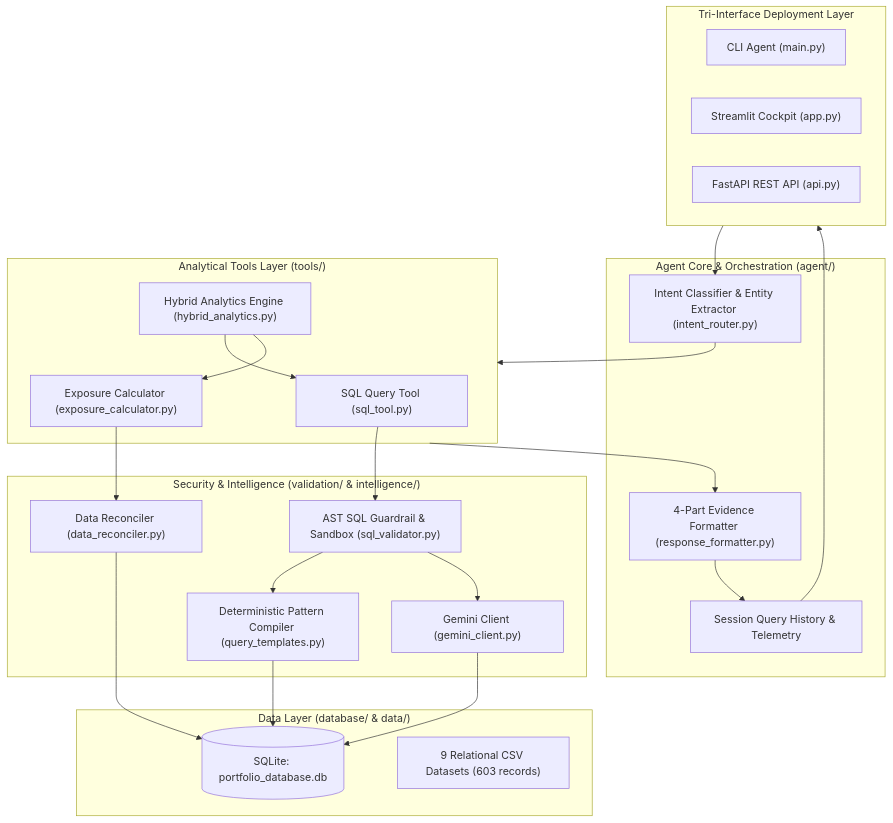
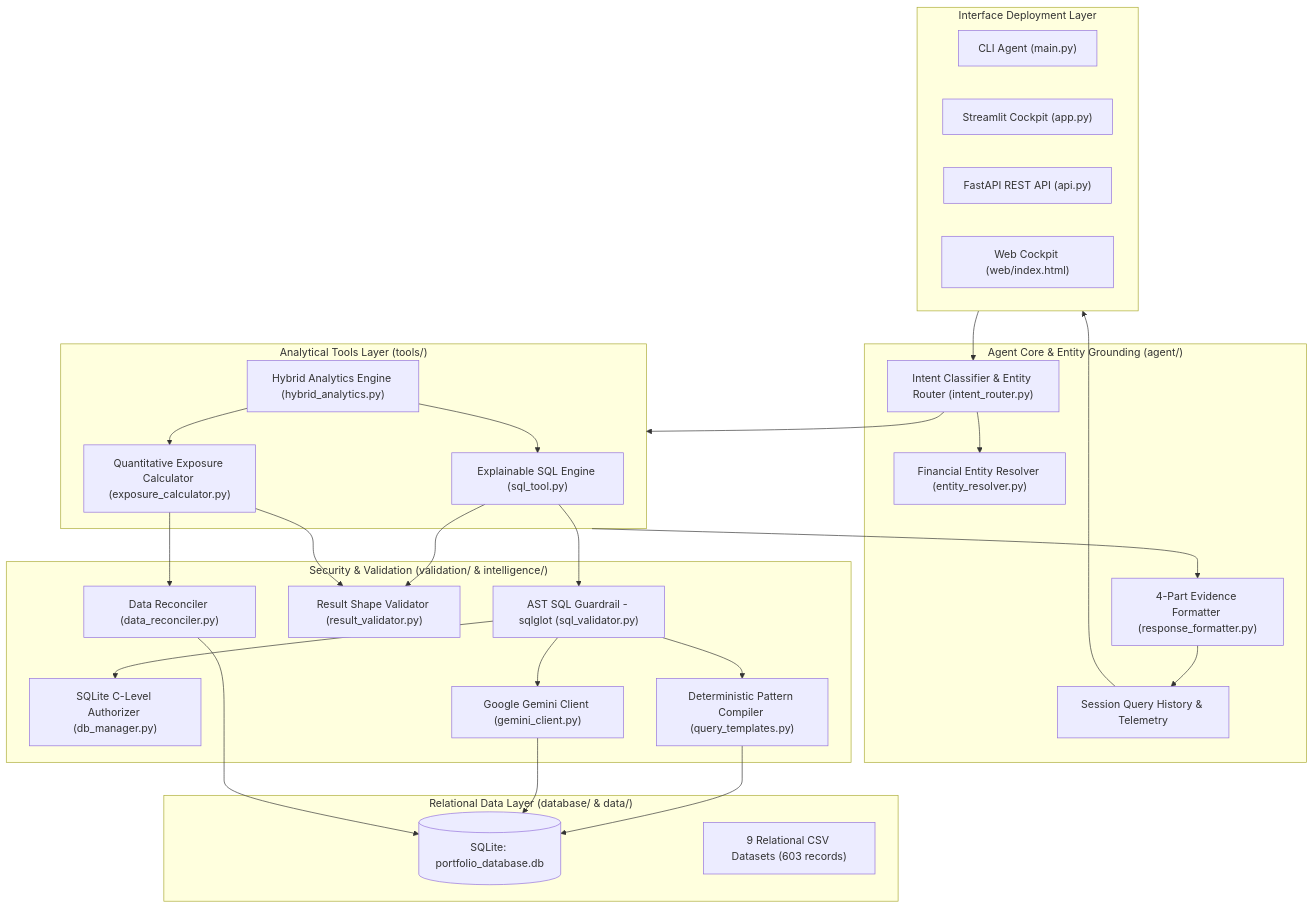
The diagram in README.md (harshkhamkar26/PL_agent), drawn with Mermaid before and after one commit. The commit also changed other lines of this file and 18 other files, not shown here.

Commit message:
feat(agent): implement AST SQL security, EntityResolver, ResultValidator, fix 5 failure modes, add 23-question regression suite

````diff
--- a/README.md
+++ b/README.md
@@ -40,47 +90,55 @@
 ```mermaid
 flowchart TD
-    subgraph UI ["Tri-Interface Deployment Layer"]
+    subgraph UI ["Interface Deployment Layer"]
         CLI["CLI Agent (main.py)"]
         WEB["Streamlit Cockpit (app.py)"]
         API["FastAPI REST API (api.py)"]
+        HTML["Web Cockpit (web/index.html)"]
     end
 
-    subgraph Core ["Agent Core & Orchestration (agent/)"]
-        Router["Intent Classifier & Entity Extractor (intent_router.py)"]
+    subgraph Core ["Agent Core & Entity Grounding (agent/)"]
+        Resolver["Financial Entity Resolver (entity_resolver.py)"]
+        Router["Intent Classifier & Entity Router (intent_router.py)"]
         Formatter["4-Part Evidence Formatter (response_formatter.py)"]
         History["Session Query History & Telemetry"]
     end
 
     subgraph Tools ["Analytical Tools Layer (tools/)"]
-        SQLTool["SQL Query Tool (sql_tool.py)"]
-        ExpTool["Exposure Calculator (exposure_calculator.py)"]
+        SQLTool["Explainable SQL Engine (sql_tool.py)"]
+        ExpTool["Quantitative Exposure Calculator (exposure_calculator.py)"]
         HybTool["Hybrid Analytics Engine (hybrid_analytics.py)"]
     end
 
-    subgraph Guardrails ["Security & Intelligence (validation/ & intelligence/)"]
-        AST["AST SQL Guardrail & Sandbox (sql_validator.py)"]
+    subgraph Guardrails ["Security & Validation (validation/ & intelligence/)"]
+        AST["AST SQL Guardrail - sqlglot (sql_validator.py)"]
+        CAuthorizer["SQLite C-Level Authorizer (db_manager.py)"]
+        ResultVal["Result Shape Validator (result_validator.py)"]
         Reconciler["Data Reconciler (data_reconciler.py)"]
-        Gemini["Gemini Client (gemini_client.py)"]
+        Gemini["Google Gemini Client (gemini_client.py)"]
         Templates["Deterministic Pattern Compiler (query_templates.py)"]
     end
 
-    subgraph Storage ["Data Layer (database/ & data/)"]
+    subgraph Storage ["Relational Data Layer (database/ & data/)"]
         DB[(SQLite: portfolio_database.db)]
         CSVs["9 Relational CSV Datasets (603 records)"]
     end
 
     UI --> Router
+    Router --> Resolver
     Router --> Tools
     SQLTool --> AST
+    AST --> CAuthorizer
     AST --> Templates
     AST --> Gemini
     Templates --> DB
     Gemini --> DB
+    SQLTool --> ResultVal
     ExpTool --> Reconciler
+    ExpTool --> ResultVal
     Reconciler --> DB
     HybTool --> SQLTool
     HybTool --> ExpTool
     Tools --> Formatter
     Formatter --> History
     History --> UI
 ```
````
